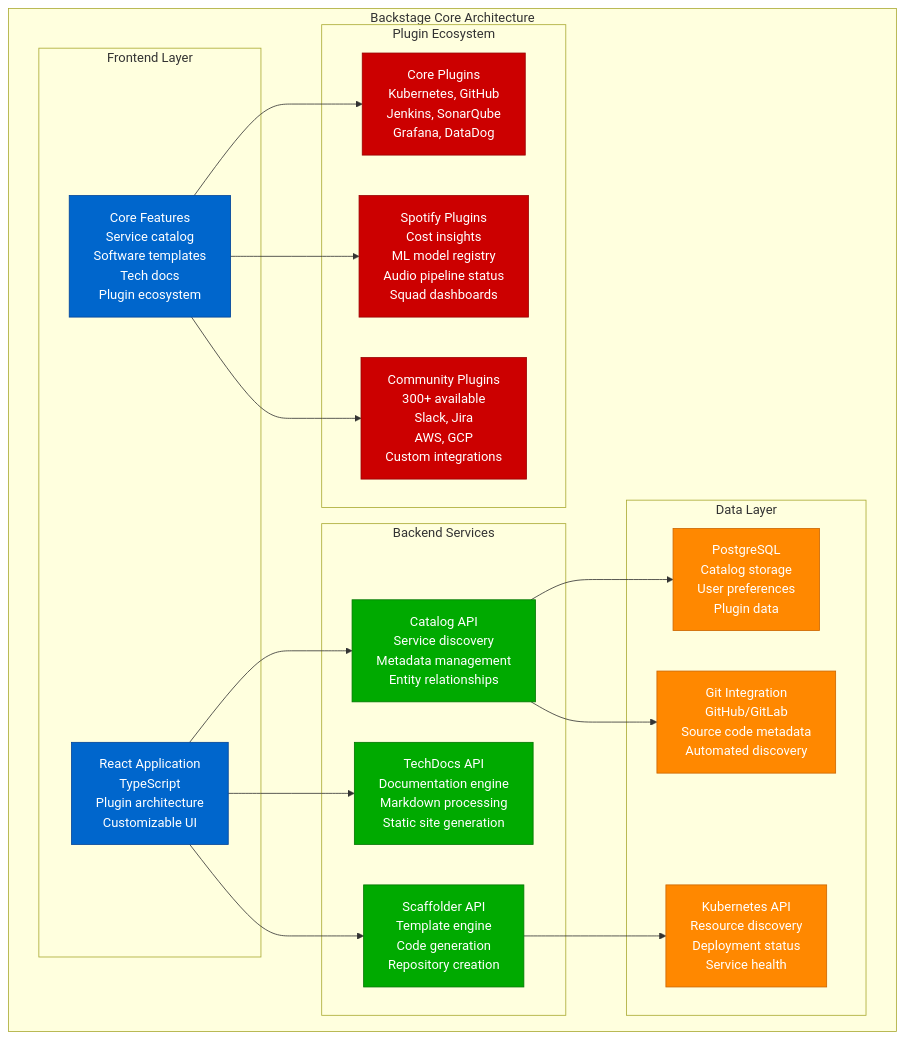
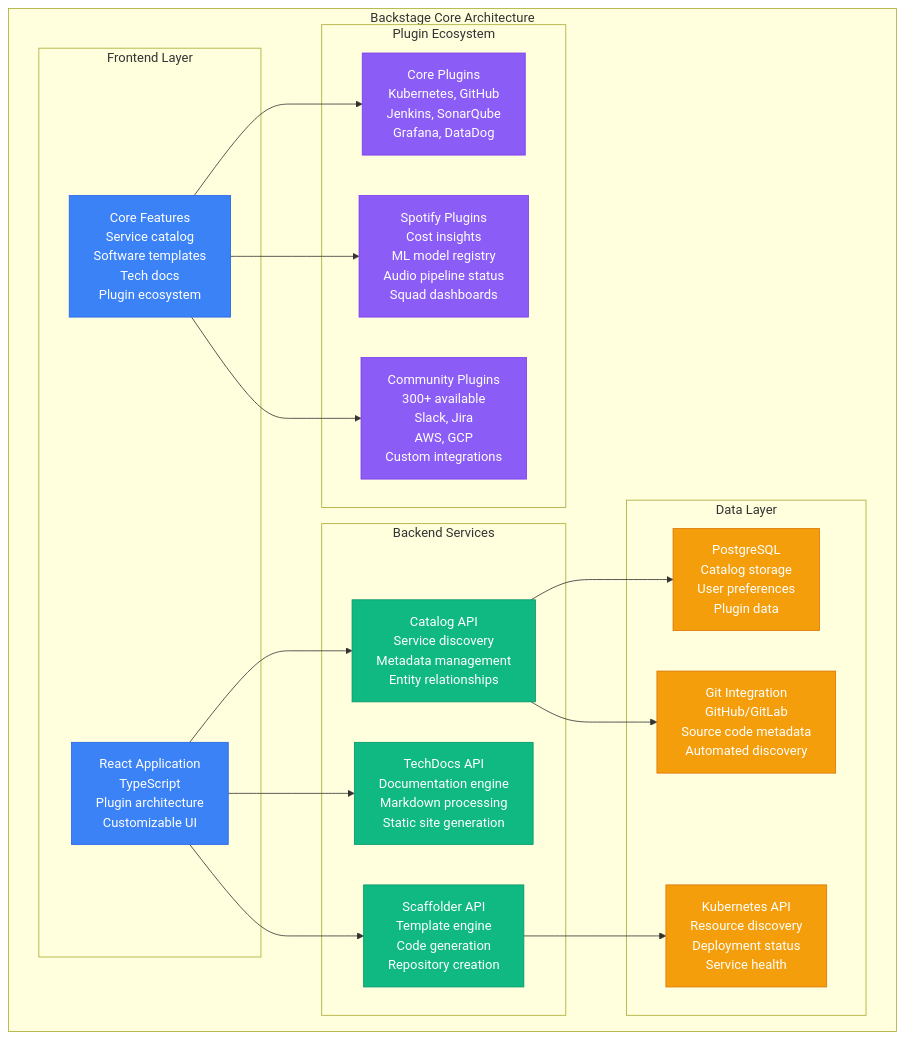
One commit to deepaucksharma/DS changed the second of 5 diagrams in site/docs/systems/spotify/novel-solutions.md. Above: the diagram before and after it, drawn with Mermaid. The commit also changed other lines of this file and 303 other files, not shown here.

````diff
--- a/site/docs/systems/spotify/novel-solutions.md
+++ b/site/docs/systems/spotify/novel-solutions.md
@@ -85,56 +85,56 @@
 ```mermaid
 graph TB
     subgraph BackstageCore[Backstage Core Architecture]
         subgraph Frontend[Frontend Layer]
             ReactApp[React Application<br/>TypeScript<br/>Plugin architecture<br/>Customizable UI]
 
             CoreFeatures[Core Features<br/>Service catalog<br/>Software templates<br/>Tech docs<br/>Plugin ecosystem]
         end
 
         subgraph Backend[Backend Services]
             CatalogAPI[Catalog API<br/>Service discovery<br/>Metadata management<br/>Entity relationships]
 
             TechDocsAPI[TechDocs API<br/>Documentation engine<br/>Markdown processing<br/>Static site generation]
 
             ScaffolderAPI[Scaffolder API<br/>Template engine<br/>Code generation<br/>Repository creation]
         end
 
         subgraph DataLayer[Data Layer]
             PostgresBackstage[PostgreSQL<br/>Catalog storage<br/>User preferences<br/>Plugin data]
 
             GitIntegration[Git Integration<br/>GitHub/GitLab<br/>Source code metadata<br/>Automated discovery]
 
             KubernetesAPI[Kubernetes API<br/>Resource discovery<br/>Deployment status<br/>Service health]
         end
 
         subgraph Plugins[Plugin Ecosystem]
             CorePlugins[Core Plugins<br/>Kubernetes, GitHub<br/>Jenkins, SonarQube<br/>Grafana, DataDog]
 
             SpotifyPlugins[Spotify Plugins<br/>Cost insights<br/>ML model registry<br/>Audio pipeline status<br/>Squad dashboards]
 
             CommunityPlugins[Community Plugins<br/>300+ available<br/>Slack, Jira<br/>AWS, GCP<br/>Custom integrations]
         end
     end
 
     ReactApp --> CatalogAPI
     ReactApp --> TechDocsAPI
     ReactApp --> ScaffolderAPI
 
     CatalogAPI --> PostgresBackstage
     CatalogAPI --> GitIntegration
     ScaffolderAPI --> KubernetesAPI
 
     CoreFeatures --> CorePlugins
     CoreFeatures --> SpotifyPlugins
     CoreFeatures --> CommunityPlugins
 
-    classDef frontendStyle fill:#0066CC,stroke:#004499,color:#fff
-    classDef backendStyle fill:#00AA00,stroke:#007700,color:#fff
-    classDef dataStyle fill:#FF8800,stroke:#CC6600,color:#fff
-    classDef pluginStyle fill:#CC0000,stroke:#990000,color:#fff
+    classDef frontendStyle fill:#3B82F6,stroke:#2563EB,color:#fff
+    classDef backendStyle fill:#10B981,stroke:#059669,color:#fff
+    classDef dataStyle fill:#F59E0B,stroke:#D97706,color:#fff
+    classDef pluginStyle fill:#8B5CF6,stroke:#7C3AED,color:#fff
 
     class ReactApp,CoreFeatures frontendStyle
     class CatalogAPI,TechDocsAPI,ScaffolderAPI backendStyle
     class PostgresBackstage,GitIntegration,KubernetesAPI dataStyle
     class CorePlugins,SpotifyPlugins,CommunityPlugins pluginStyle
 ```
````
